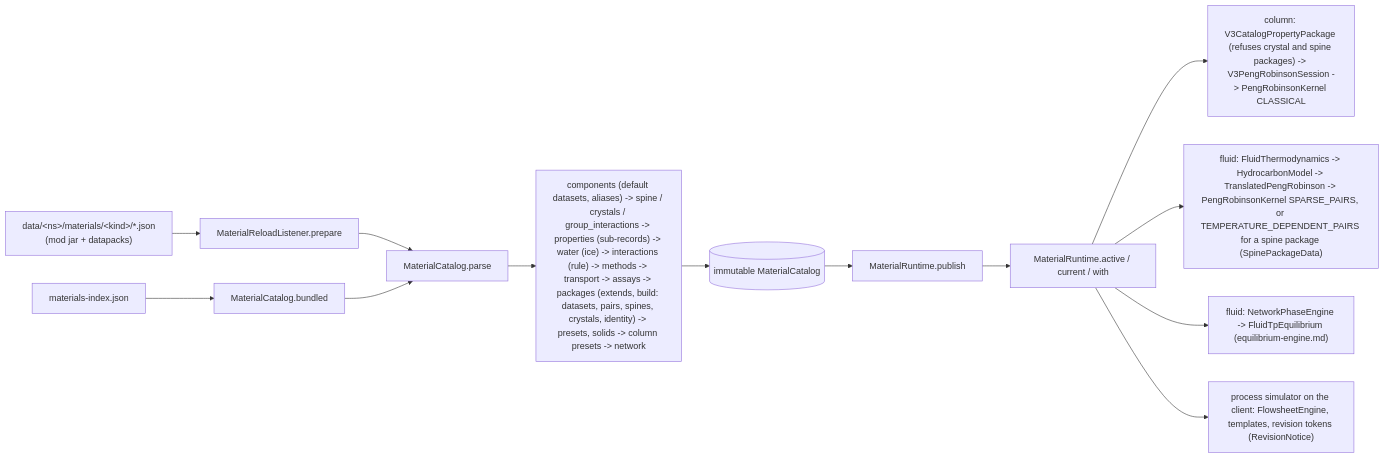
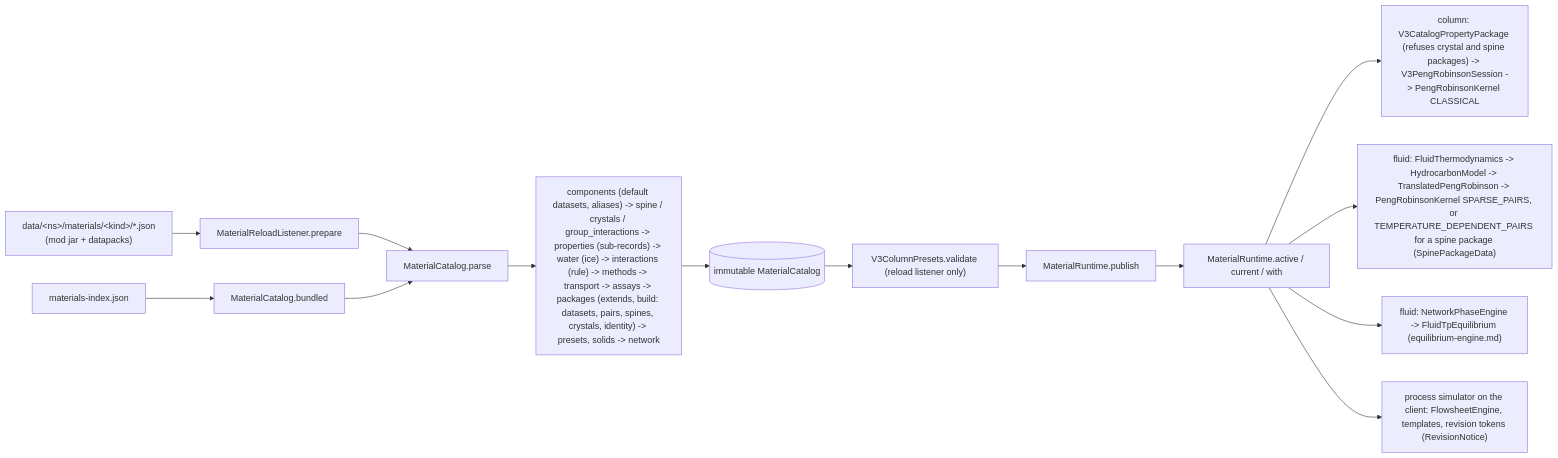
One commit to wormzjl/Industrial-Chemical-Engineering changed the diagram in documentation/reference/code-guide/thermo-materials.md. Above: the diagram before and after it, drawn with Mermaid. The commit also changed other lines of this file and 5 other files, not shown here.

````diff
--- a/documentation/reference/code-guide/thermo-materials.md
+++ b/documentation/reference/code-guide/thermo-materials.md
@@ -102,15 +102,16 @@
 ```mermaid
 flowchart LR
   JSON["data/&lt;ns&gt;/materials/&lt;kind&gt;/*.json<br/>(mod jar + datapacks)"] --> RL[MaterialReloadListener.prepare]
   IDX["materials-index.json"] --> BUN[MaterialCatalog.bundled]
   RL --> P[MaterialCatalog.parse]
   BUN --> P
-  P --> V["components (default datasets, aliases) -> spine / crystals / group_interactions -> properties (sub-records) -> water (ice) -> interactions (rule) -> methods -> transport -> assays -> packages (extends, build: datasets, pairs, spines, crystals, identity) -> presets, solids -> column presets -> network"]
+  P --> V["components (default datasets, aliases) -> spine / crystals / group_interactions -> properties (sub-records) -> water (ice) -> interactions (rule) -> methods -> transport -> assays -> packages (extends, build: datasets, pairs, spines, crystals, identity) -> presets, solids -> network"]
   V --> CAT[(immutable MaterialCatalog)]
-  CAT --> PUB[MaterialRuntime.publish]
+  CAT --> CHK["V3ColumnPresets.validate (reload listener only)"]
+  CHK --> PUB[MaterialRuntime.publish]
   PUB --> CUR["MaterialRuntime.active / current / with"]
   CUR --> COL["column: V3CatalogPropertyPackage (refuses crystal and spine packages) -> V3PengRobinsonSession -> PengRobinsonKernel CLASSICAL"]
   CUR --> FLU["fluid: FluidThermodynamics -> HydrocarbonModel -> TranslatedPengRobinson -> PengRobinsonKernel SPARSE_PAIRS, or TEMPERATURE_DEPENDENT_PAIRS for a spine package (SpinePackageData)"]
   CUR --> ENG["fluid: NetworkPhaseEngine -> FluidTpEquilibrium (equilibrium-engine.md)"]
   CUR --> UI["process simulator on the client: FlowsheetEngine, templates, revision tokens (RevisionNotice)"]
 ```
````
